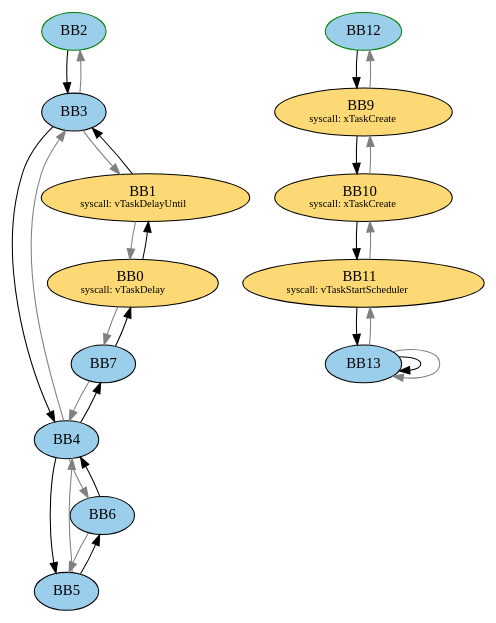
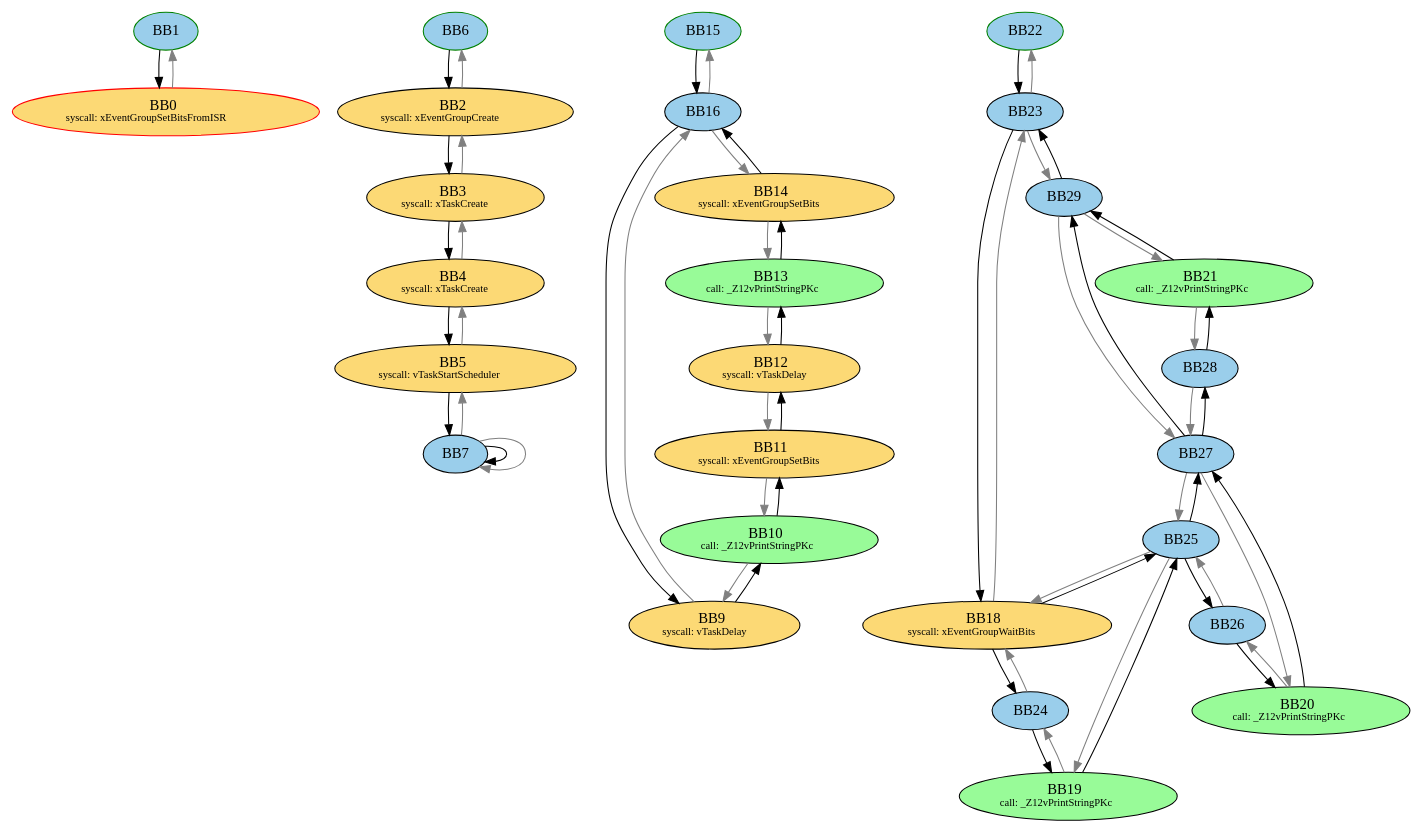
The diagram in after_dominance_merge/functions_overview.dot (luhsra/ara), drawn with Graphviz before and after one commit. The commit also changed 4 other files, not shown here.

```diff
--- a/after_dominance_merge/functions_overview.dot
+++ b/after_dominance_merge/functions_overview.dot
@@ -1,60 +1,130 @@
 digraph G {
-	subgraph _Z13vTaskFunctionPv{
+	subgraph _Z20ulEventBitSettingISRv{
 		node [style=filled];
-		"BB2" "BB3" "BB4" "BB5" "BB7" "BB6" "BB0" "BB1" ;
-		BB2 -> BB3;
-		BB2[fillcolor="#9ACEEB" style=filled];
-		BB3 -> BB4;
-		BB3[fillcolor="#9ACEEB" style=filled];
-		BB3 -> BB2[color=grey];
-		BB3 -> BB1[color=grey];
-		BB4 -> BB5;
-		BB4 -> BB7;
-		BB4[fillcolor="#9ACEEB" style=filled];
-		BB4 -> BB3[color=grey];
-		BB4 -> BB6[color=grey];
-		BB5 -> BB6;
-		BB5[fillcolor="#9ACEEB" style=filled];
-		BB5 -> BB4[color=grey];
-		BB7 -> BB0;
-		BB7[fillcolor="#9ACEEB" style=filled];
-		BB7 -> BB4[color=grey];
-		BB6 -> BB4;
-		BB6[fillcolor="#9ACEEB" style=filled];
-		BB6 -> BB5[color=grey];
-		BB0 -> BB1;
+		"BB1" "BB0" ;
+		BB1 -> BB0;
+		BB1[fillcolor="#9ACEEB" style=filled];
 		BB0[fillcolor="#FCD975" style=filled label=<BB0<BR />
-<FONT POINT-SIZE="10">syscall: vTaskDelay</FONT>>];
-		BB0 -> BB7[color=grey];
-		BB1 -> BB3;
-		BB1[fillcolor="#FCD975" style=filled label=<BB1<BR />
-<FONT POINT-SIZE="10">syscall: vTaskDelayUntil</FONT>>];
-		BB1 -> BB0[color=grey];
-		BB2 [color=green style=filled];
-		label = "_Z13vTaskFunctionPv";
+<FONT POINT-SIZE="10">syscall: xEventGroupSetBitsFromISR</FONT>>];
+		BB0 -> BB1[color=grey];
+		BB0 [color=red style=filled] ;
+		BB1 [color=green style=filled];
+		label = "_Z20ulEventBitSettingISRv";
 	}
 	subgraph main{
 		node [style=filled];
-		"BB12" "BB9" "BB10" "BB11" "BB13" ;
-		BB12 -> BB9;
-		BB12[fillcolor="#9ACEEB" style=filled];
+		"BB6" "BB2" "BB3" "BB4" "BB5" "BB7" ;
+		BB6 -> BB2;
+		BB6[fillcolor="#9ACEEB" style=filled];
+		BB2 -> BB3;
+		BB2[fillcolor="#FCD975" style=filled label=<BB2<BR />
+<FONT POINT-SIZE="10">syscall: xEventGroupCreate</FONT>>];
+		BB2 -> BB6[color=grey];
+		BB3 -> BB4;
+		BB3[fillcolor="#FCD975" style=filled label=<BB3<BR />
+<FONT POINT-SIZE="10">syscall: xTaskCreate</FONT>>];
+		BB3 -> BB2[color=grey];
+		BB4 -> BB5;
+		BB4[fillcolor="#FCD975" style=filled label=<BB4<BR />
+<FONT POINT-SIZE="10">syscall: xTaskCreate</FONT>>];
+		BB4 -> BB3[color=grey];
+		BB5 -> BB7;
+		BB5[fillcolor="#FCD975" style=filled label=<BB5<BR />
+<FONT POINT-SIZE="10">syscall: vTaskStartScheduler</FONT>>];
+		BB5 -> BB4[color=grey];
+		BB7 -> BB7;
+		BB7[fillcolor="#9ACEEB" style=filled];
+		BB7 -> BB5[color=grey];
+		BB7 -> BB7[color=grey];
+		BB6 [color=green style=filled];
+		label = "main";
+	}
+	subgraph _ZL20vEventBitSettingTaskPv{
+		node [style=filled];
+		"BB15" "BB16" "BB9" "BB10" "BB11" "BB12" "BB13" "BB14" ;
+		BB15 -> BB16;
+		BB15[fillcolor="#9ACEEB" style=filled];
+		BB16 -> BB9;
+		BB16[fillcolor="#9ACEEB" style=filled];
+		BB16 -> BB15[color=grey];
+		BB16 -> BB14[color=grey];
 		BB9 -> BB10;
 		BB9[fillcolor="#FCD975" style=filled label=<BB9<BR />
-<FONT POINT-SIZE="10">syscall: xTaskCreate</FONT>>];
-		BB9 -> BB12[color=grey];
+<FONT POINT-SIZE="10">syscall: vTaskDelay</FONT>>];
+		BB9 -> BB16[color=grey];
 		BB10 -> BB11;
-		BB10[fillcolor="#FCD975" style=filled label=<BB10<BR />
-<FONT POINT-SIZE="10">syscall: xTaskCreate</FONT>>];
+		BB10[fillcolor="palegreen" style=filled label=<BB10<BR />
+<FONT POINT-SIZE="10">call: _Z12vPrintStringPKc</FONT>>];
 		BB10 -> BB9[color=grey];
-		BB11 -> BB13;
+		BB11 -> BB12;
 		BB11[fillcolor="#FCD975" style=filled label=<BB11<BR />
-<FONT POINT-SIZE="10">syscall: vTaskStartScheduler</FONT>>];
+<FONT POINT-SIZE="10">syscall: xEventGroupSetBits</FONT>>];
 		BB11 -> BB10[color=grey];
-		BB13 -> BB13;
-		BB13[fillcolor="#9ACEEB" style=filled];
-		BB13 -> BB11[color=grey];
-		BB13 -> BB13[color=grey];
-		BB12 [color=green style=filled];
-		label = "main";
+		BB12 -> BB13;
+		BB12[fillcolor="#FCD975" style=filled label=<BB12<BR />
+<FONT POINT-SIZE="10">syscall: vTaskDelay</FONT>>];
+		BB12 -> BB11[color=grey];
+		BB13 -> BB14;
+		BB13[fillcolor="palegreen" style=filled label=<BB13<BR />
+<FONT POINT-SIZE="10">call: _Z12vPrintStringPKc</FONT>>];
+		BB13 -> BB12[color=grey];
+		BB14 -> BB16;
+		BB14[fillcolor="#FCD975" style=filled label=<BB14<BR />
+<FONT POINT-SIZE="10">syscall: xEventGroupSetBits</FONT>>];
+		BB14 -> BB13[color=grey];
+		BB15 [color=green style=filled];
+		label = "_ZL20vEventBitSettingTaskPv";
+	}
+	subgraph _ZL20vEventBitReadingTaskPv{
+		node [style=filled];
+		"BB22" "BB23" "BB18" "BB24" "BB25" "BB19" "BB26" "BB27" "BB20" "BB28" "BB29" "BB21" ;
+		BB22 -> BB23;
+		BB22[fillcolor="#9ACEEB" style=filled];
+		BB23 -> BB18;
+		BB23[fillcolor="#9ACEEB" style=filled];
+		BB23 -> BB22[color=grey];
+		BB23 -> BB29[color=grey];
+		BB18 -> BB24;
+		BB18 -> BB25;
+		BB18[fillcolor="#FCD975" style=filled label=<BB18<BR />
+<FONT POINT-SIZE="10">syscall: xEventGroupWaitBits</FONT>>];
+		BB18 -> BB23[color=grey];
+		BB24 -> BB19;
+		BB24[fillcolor="#9ACEEB" style=filled];
+		BB24 -> BB18[color=grey];
+		BB25 -> BB26;
+		BB25 -> BB27;
+		BB25[fillcolor="#9ACEEB" style=filled];
+		BB25 -> BB18[color=grey];
+		BB25 -> BB19[color=grey];
+		BB19 -> BB25;
+		BB19[fillcolor="palegreen" style=filled label=<BB19<BR />
+<FONT POINT-SIZE="10">call: _Z12vPrintStringPKc</FONT>>];
+		BB19 -> BB24[color=grey];
+		BB26 -> BB20;
+		BB26[fillcolor="#9ACEEB" style=filled];
+		BB26 -> BB25[color=grey];
+		BB27 -> BB28;
+		BB27 -> BB29;
+		BB27[fillcolor="#9ACEEB" style=filled];
+		BB27 -> BB25[color=grey];
+		BB27 -> BB20[color=grey];
+		BB20 -> BB27;
+		BB20[fillcolor="palegreen" style=filled label=<BB20<BR />
+<FONT POINT-SIZE="10">call: _Z12vPrintStringPKc</FONT>>];
+		BB20 -> BB26[color=grey];
+		BB28 -> BB21;
+		BB28[fillcolor="#9ACEEB" style=filled];
+		BB28 -> BB27[color=grey];
+		BB29 -> BB23;
+		BB29[fillcolor="#9ACEEB" style=filled];
+		BB29 -> BB27[color=grey];
+		BB29 -> BB21[color=grey];
+		BB21 -> BB29;
+		BB21[fillcolor="palegreen" style=filled label=<BB21<BR />
+<FONT POINT-SIZE="10">call: _Z12vPrintStringPKc</FONT>>];
+		BB21 -> BB28[color=grey];
+		BB22 [color=green style=filled];
+		label = "_ZL20vEventBitReadingTaskPv";
 	}
 }
```
